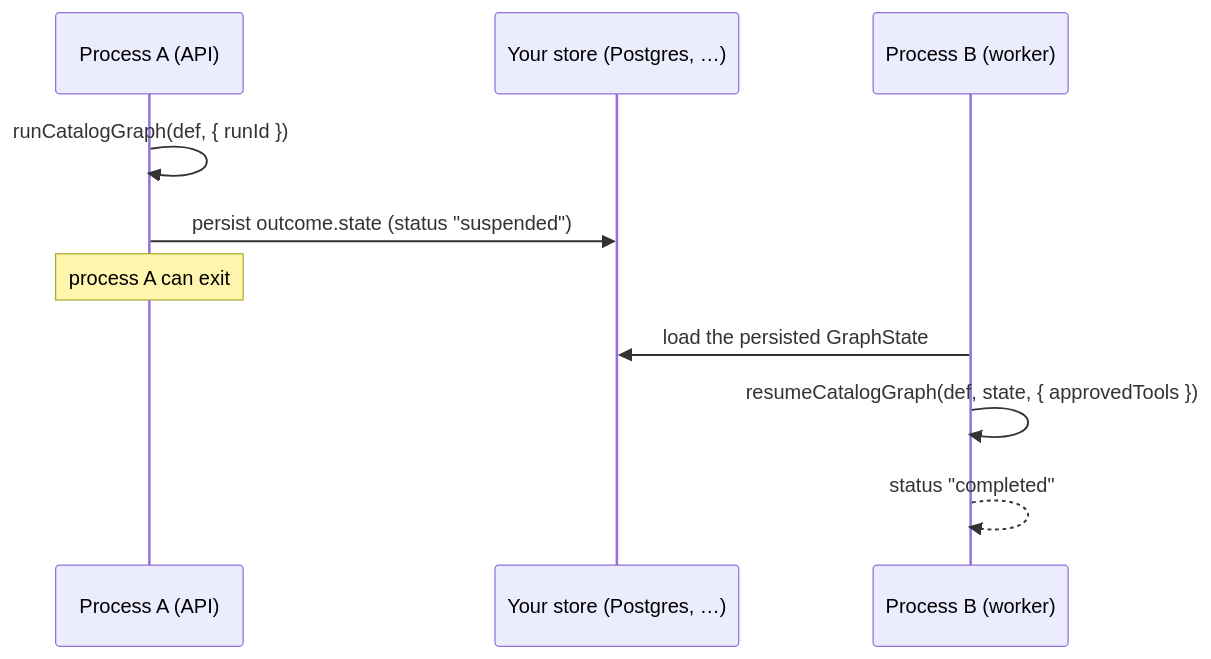
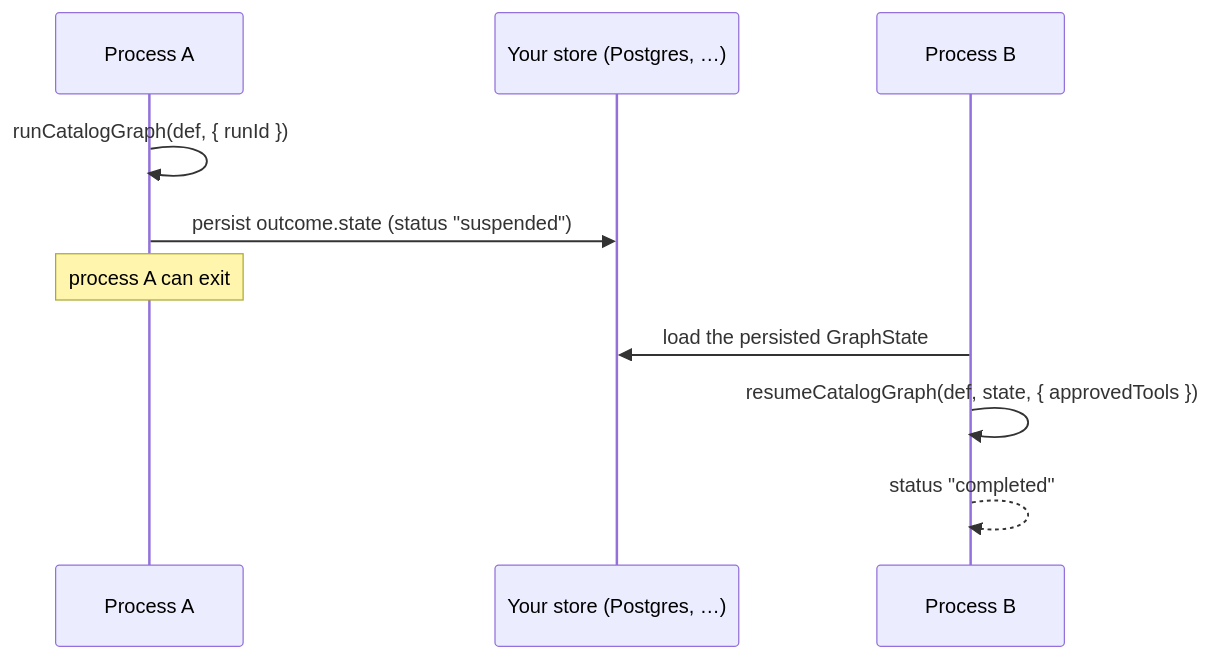
One commit to prxmat/adriane-engine changed the diagram in docs-site/docs/recipes/resume-across-processes.md. Above: the diagram before and after it, drawn with Mermaid. The commit also changed other lines of this file and 15 other files, not shown here.

````diff
--- a/docs-site/docs/recipes/resume-across-processes.md
+++ b/docs-site/docs/recipes/resume-across-processes.md
@@ -19,12 +28,12 @@
 ```mermaid
 sequenceDiagram
-  participant P1 as Process A (API)
+  participant P1 as Process A
   participant Store as Your store (Postgres, …)
-  participant P2 as Process B (worker)
+  participant P2 as Process B
   P1->>P1: runCatalogGraph(def, { runId })
   P1->>Store: persist outcome.state (status "suspended")
   Note over P1: process A can exit
   P2->>Store: load the persisted GraphState
   P2->>P2: resumeCatalogGraph(def, state, { approvedTools })
   P2-->>P2: status "completed"
 ```
````
